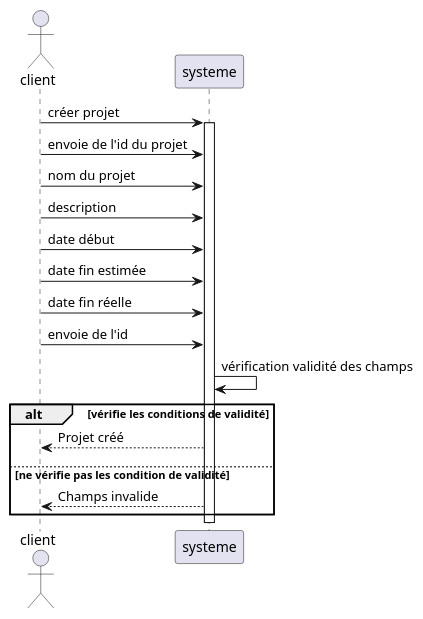
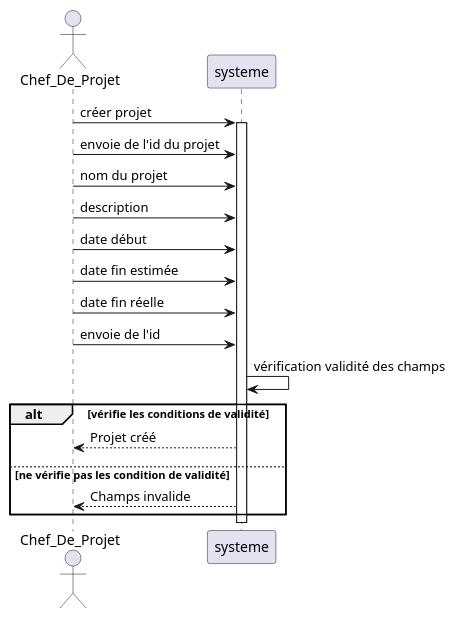
The diagram in doc/Diagrammes_sequence/UC_creer_projet.plantuml (Xuxin2333/ptut-v1), drawn with PlantUML before and after one commit.

Commit message:
rectifier client en chef de projet

```diff
--- a/doc/Diagrammes_sequence/UC_creer_projet.plantuml
+++ b/doc/Diagrammes_sequence/UC_creer_projet.plantuml
@@ -1,27 +1,27 @@
 @startuml
 ' diagramme de séquences systeme pour use case "créer projet"
 
-actor client
+actor Chef_De_Projet
 
-client -> systeme : créer projet
+Chef_De_Projet -> systeme : créer projet
 
 activate systeme
 
-client -> systeme : envoie de l'id du projet
-client -> systeme : nom du projet
-client -> systeme : description
-client -> systeme : date début
-client -> systeme : date fin estimée
-client -> systeme : date fin réelle
-client -> systeme : envoie de l'id
+Chef_De_Projet -> systeme : envoie de l'id du projet
+Chef_De_Projet -> systeme : nom du projet
+Chef_De_Projet -> systeme : description
+Chef_De_Projet -> systeme : date début
+Chef_De_Projet -> systeme : date fin estimée
+Chef_De_Projet -> systeme : date fin réelle
+Chef_De_Projet -> systeme : envoie de l'id
 
 systeme -> systeme : vérification validité des champs
 
 alt vérifie les conditions de validité
-systeme --> client : Projet créé
+systeme --> Chef_De_Projet : Projet créé
 ||10||
 else ne vérifie pas les condition de validité 
-systeme --> client : Champs invalide
+systeme --> Chef_De_Projet : Champs invalide
 end
 
 @enduml
```
